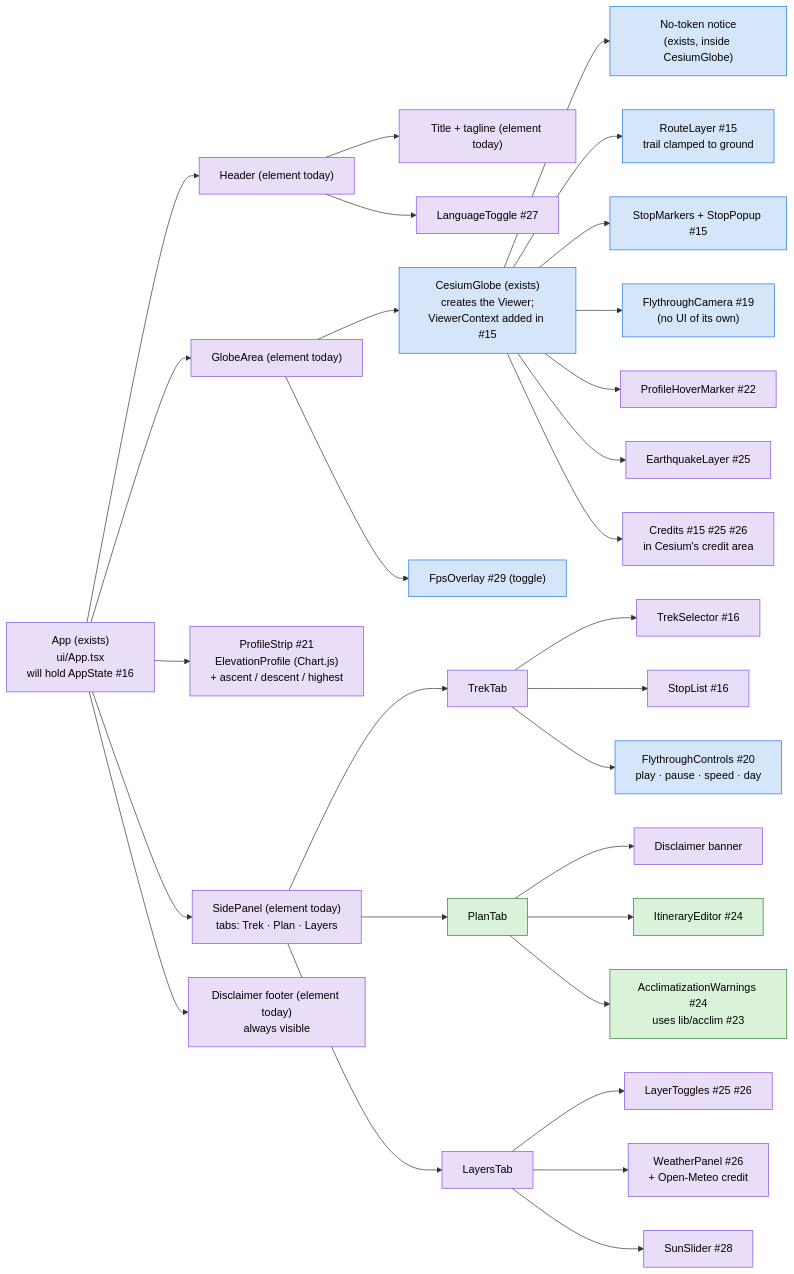
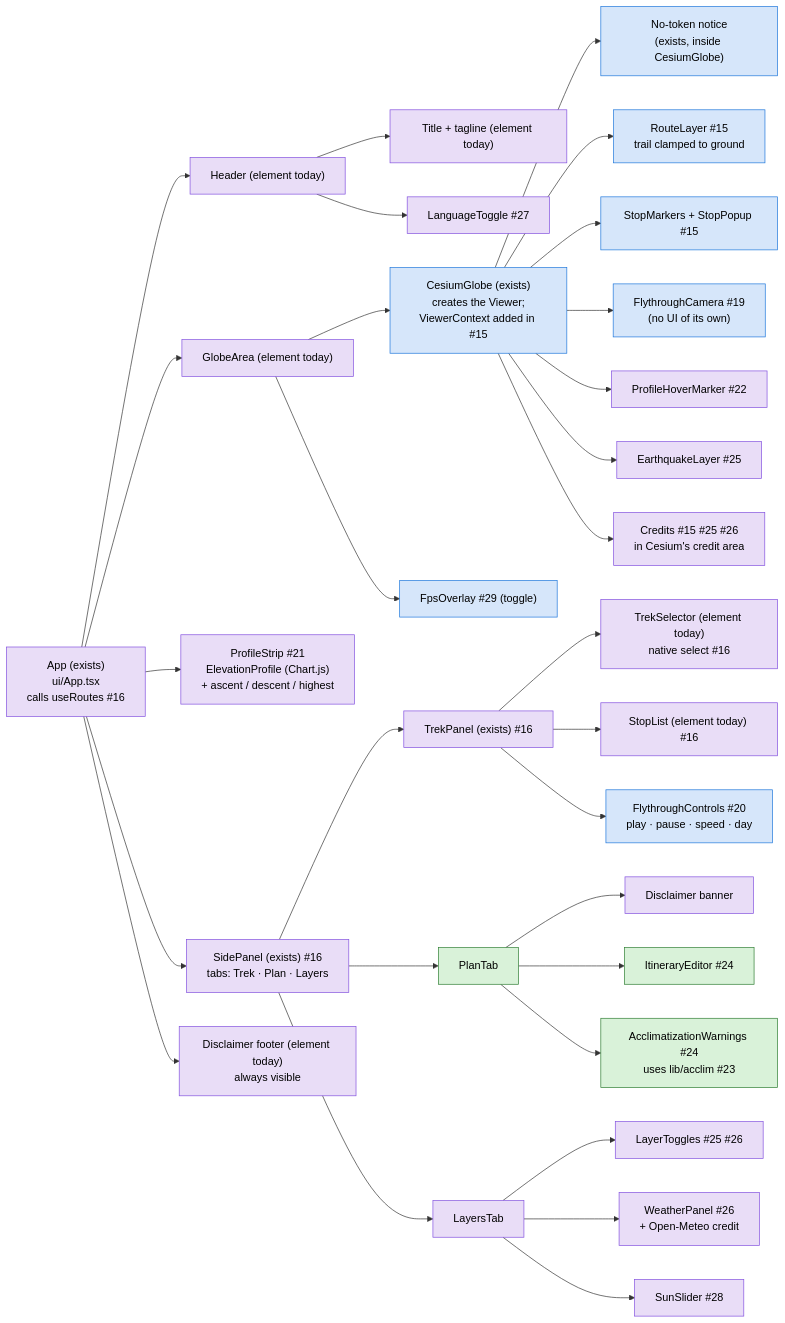
The first of 2 diagrams in docs/ui-design.md (dipson6525/himalaya-3d), drawn with Mermaid before and after one commit. The commit also changed other lines of this file and 7 other files, not shown here.

First line of the commit message:
docs(ui): trek selector — ADR-026, viva notes, progress, i18n review

````diff
--- a/docs/ui-design.md
+++ b/docs/ui-design.md
@@ -51,41 +51,41 @@
 ```mermaid
 flowchart LR
-  App["App (exists)<br/>ui/App.tsx<br/>will hold AppState #16"]:::dipson
+  App["App (exists)<br/>ui/App.tsx<br/>calls useRoutes #16"]:::dipson
 
   App --> Header["Header (element today)"]:::dipson
   Header --> Title["Title + tagline (element today)"]:::dipson
   Header --> Lang["LanguageToggle #27"]:::dipson
 
   App --> GlobeArea["GlobeArea (element today)"]:::dipson
   GlobeArea --> Globe["CesiumGlobe (exists)<br/>creates the Viewer;<br/>ViewerContext added in #15"]:::sparsh
   Globe --> Notice["No-token notice<br/>(exists, inside CesiumGlobe)"]:::sparsh
   Globe --> RouteLayer["RouteLayer #15<br/>trail clamped to ground"]:::sparsh
   Globe --> Stops["StopMarkers + StopPopup #15"]:::sparsh
   Globe --> Fly["FlythroughCamera #19<br/>(no UI of its own)"]:::sparsh
   Globe --> HoverMarker["ProfileHoverMarker #22"]:::dipson
   Globe --> Quakes["EarthquakeLayer #25"]:::dipson
   Globe --> Credits["Credits #15 #25 #26<br/>in Cesium's credit area"]:::dipson
   GlobeArea --> Fps["FpsOverlay #29 (toggle)"]:::sparsh
 
   App --> Profile["ProfileStrip #21<br/>ElevationProfile (Chart.js)<br/>+ ascent / descent / highest"]:::dipson
 
-  App --> Panel["SidePanel (element today)<br/>tabs: Trek · Plan · Layers"]:::dipson
-  Panel --> TrekTab["TrekTab"]:::dipson
-  TrekTab --> Selector["TrekSelector #16"]:::dipson
-  TrekTab --> StopList["StopList #16"]:::dipson
+  App --> Panel["SidePanel (exists) #16<br/>tabs: Trek · Plan · Layers"]:::dipson
+  Panel --> TrekTab["TrekPanel (exists) #16"]:::dipson
+  TrekTab --> Selector["TrekSelector (element today)<br/>native select #16"]:::dipson
+  TrekTab --> StopList["StopList (element today) #16"]:::dipson
   TrekTab --> FlyControls["FlythroughControls #20<br/>play · pause · speed · day"]:::sparsh
   Panel --> PlanTab["PlanTab"]:::unique
   PlanTab --> PlanNote["Disclaimer banner"]:::dipson
   PlanTab --> Itinerary["ItineraryEditor #24"]:::unique
   PlanTab --> Warnings["AcclimatizationWarnings #24<br/>uses lib/acclim #23"]:::unique
   Panel --> LayersTab["LayersTab"]:::dipson
   LayersTab --> Toggles["LayerToggles #25 #26"]:::dipson
   LayersTab --> Weather["WeatherPanel #26<br/>+ Open-Meteo credit"]:::dipson
   LayersTab --> Sun["SunSlider #28"]:::dipson
 
   App --> Footer["Disclaimer footer (element today)<br/>always visible"]:::dipson
 
   classDef unique fill:#d9f2d9,stroke:#2e7d32,color:#000
   classDef sparsh fill:#d6e6fa,stroke:#1d76db,color:#000
   classDef dipson fill:#e9ddf7,stroke:#8250df,color:#000
 ```
````
